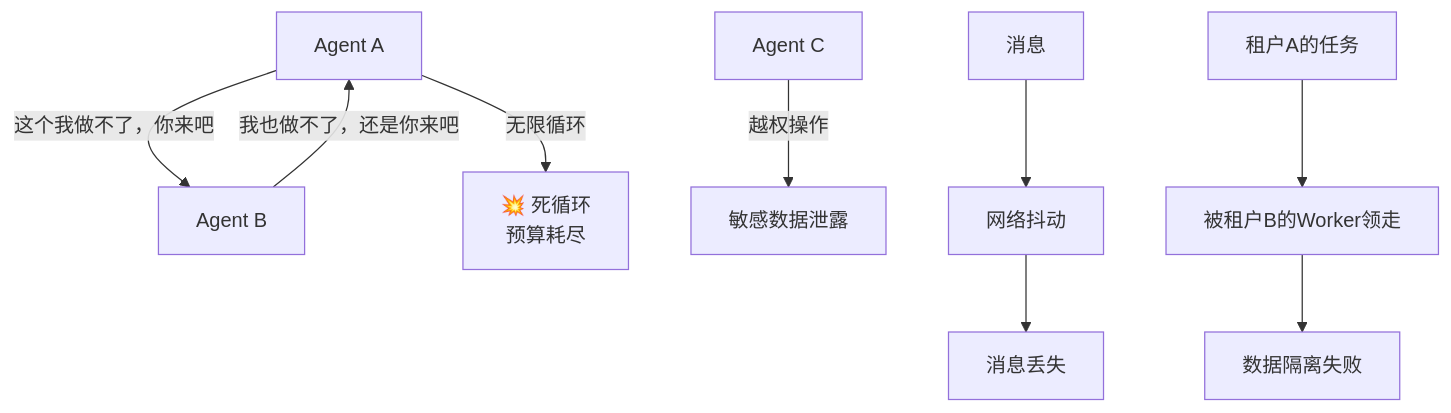
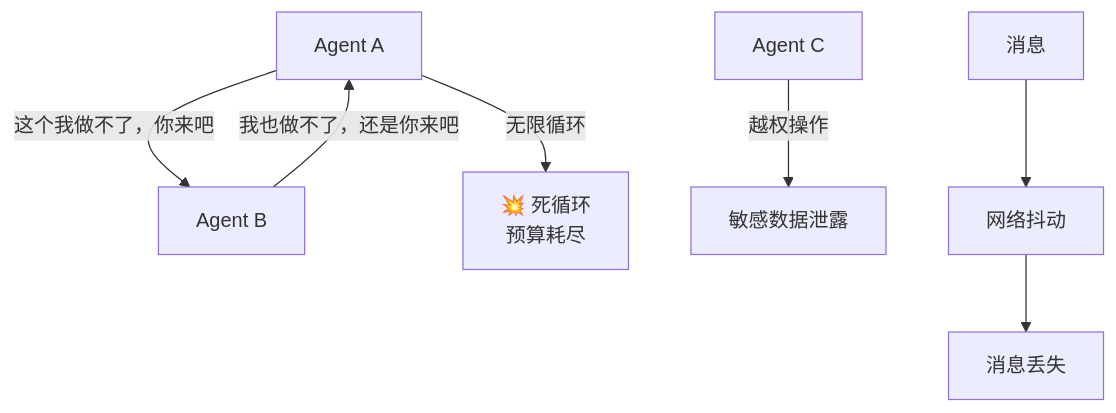
Before and after one commit to limenagent/prodagent: the first of 3 diagrams in docs/topics/governance.md, drawn with Mermaid. The commit also changed other lines of this file and 28 other files, not shown here.

````diff
--- a/docs/topics/governance.md
+++ b/docs/topics/governance.md
@@ -9,10 +9,8 @@
 ```mermaid
 graph TD
     A["Agent A"] -->|"这个我做不了，你来吧"| B["Agent B"]
     B -->|"我也做不了，还是你来吧"| A
     A -->|无限循环| LOOP["💥 死循环<br/>预算耗尽"]
-
     C["Agent C"] -->|越权操作| D["敏感数据泄露"]
     E["消息"] --> F["网络抖动"] --> G["消息丢失"]
-    H["租户A的任务"] --> I["被租户B的Worker领走"] --> J["数据隔离失败"]
 ```
````
